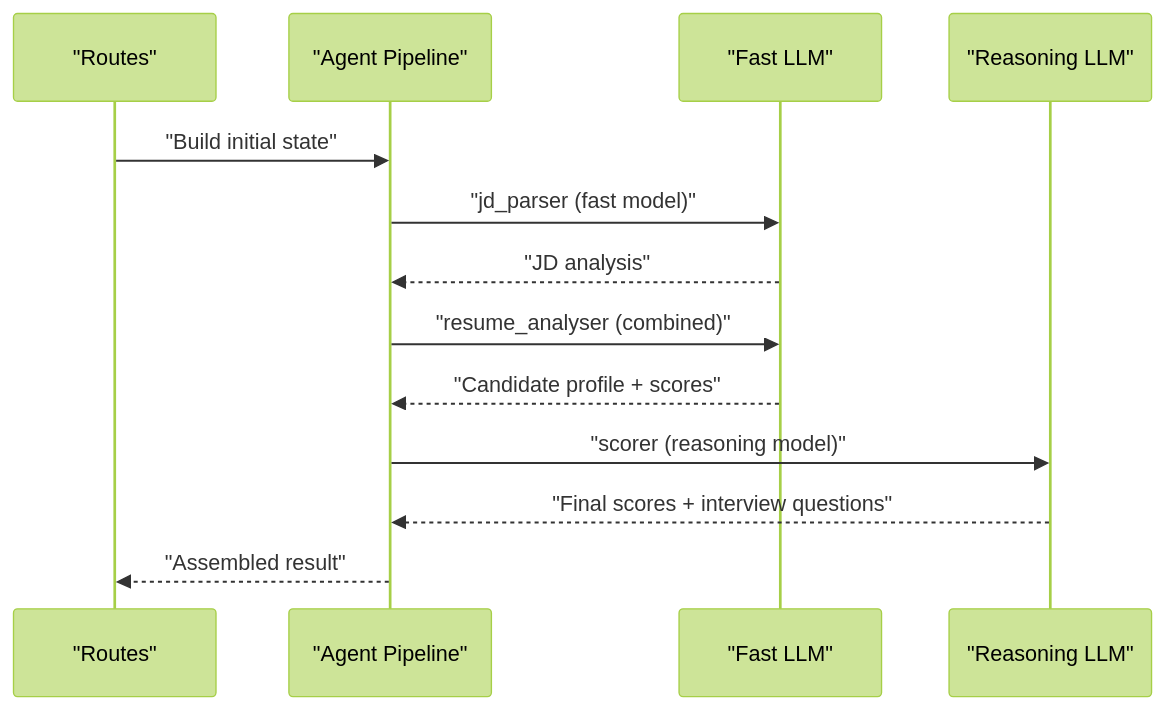
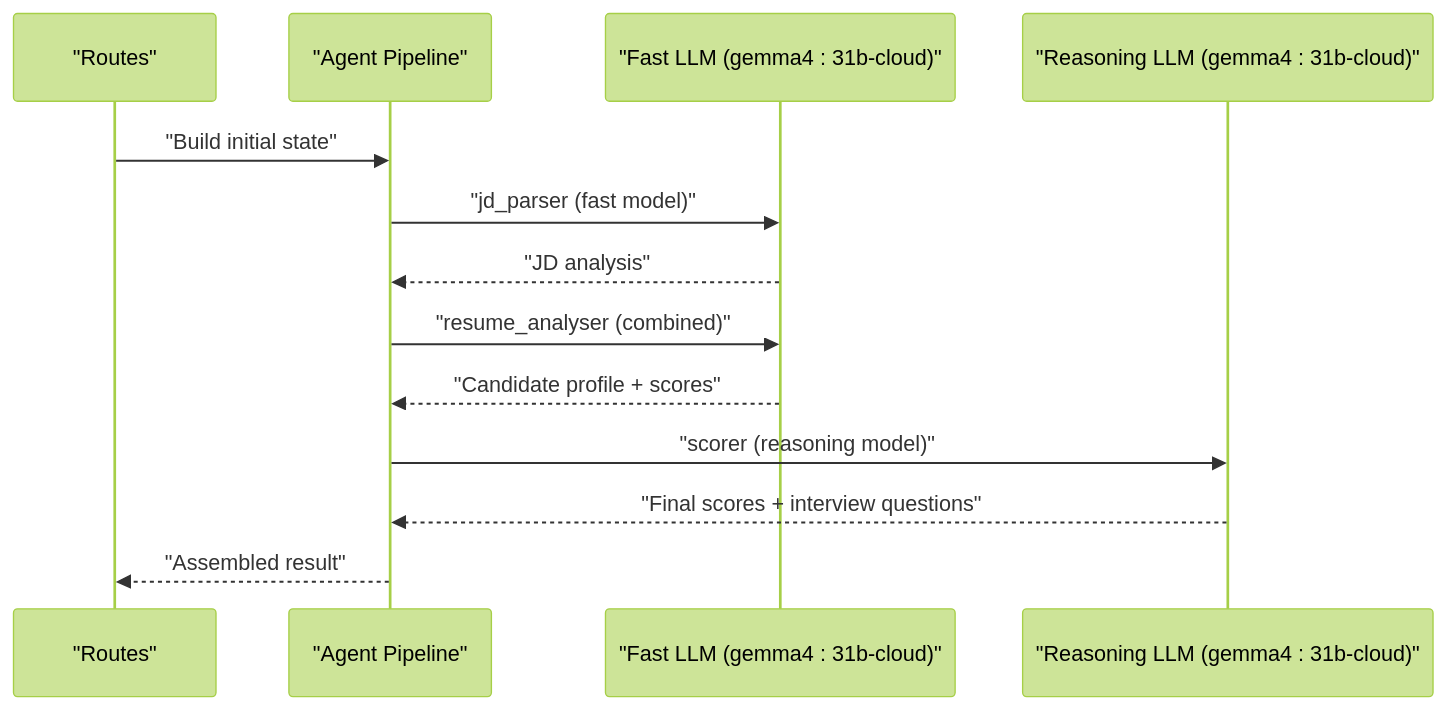
Before and after one commit to Revanththetalogics/aireume: the fourth of 7 diagrams in .qoder/repowiki/en/content/Advanced Topics/Performance Optimization/Performance Optimization.md, drawn with Mermaid (forest theme). The commit also changed other lines of this file and 14 other files, not shown here.

````diff
--- a/.qoder/repowiki/en/content/Advanced Topics/Performance Optimization/Performance Optimization.md
+++ b/.qoder/repowiki/en/content/Advanced Topics/Performance Optimization/Performance Optimization.md
@@ -155,15 +173,15 @@
 ```mermaid
 sequenceDiagram
 participant R as "Routes"
 participant P as "Agent Pipeline"
-participant F as "Fast LLM"
-participant Rsn as "Reasoning LLM"
+participant F as "Fast LLM (gemma4 : 31b-cloud)"
+participant Rsn as "Reasoning LLM (gemma4 : 31b-cloud)"
 R->>P : "Build initial state"
 P->>F : "jd_parser (fast model)"
 F-->>P : "JD analysis"
 P->>F : "resume_analyser (combined)"
 F-->>P : "Candidate profile + scores"
 P->>Rsn : "scorer (reasoning model)"
 Rsn-->>P : "Final scores + interview questions"
 P-->>R : "Assembled result"
 ```
````
